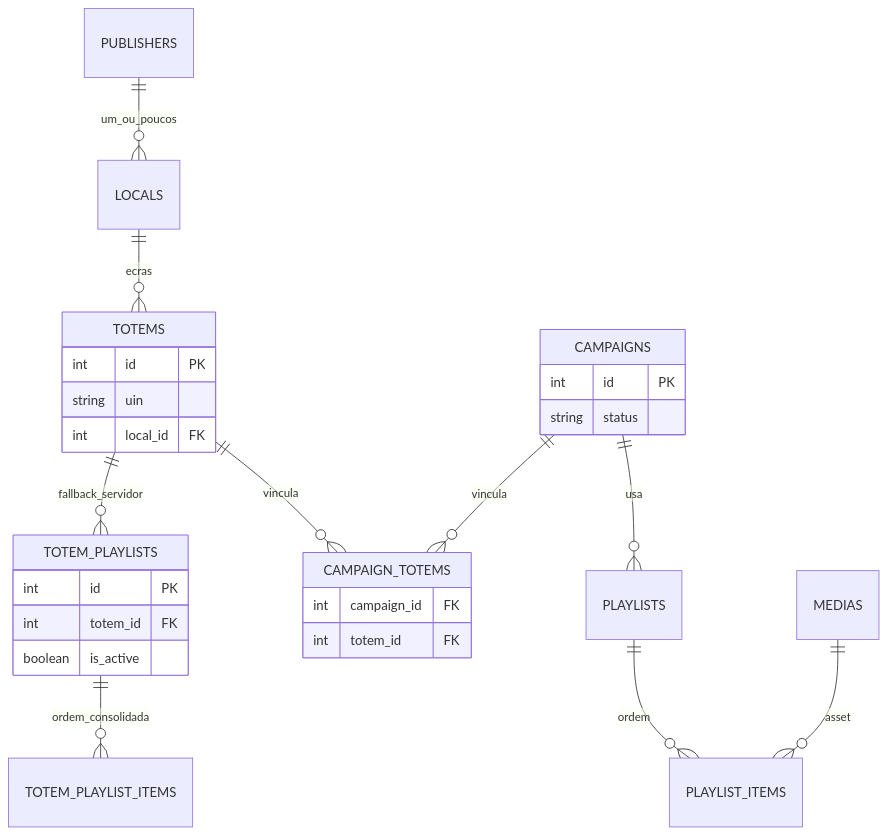
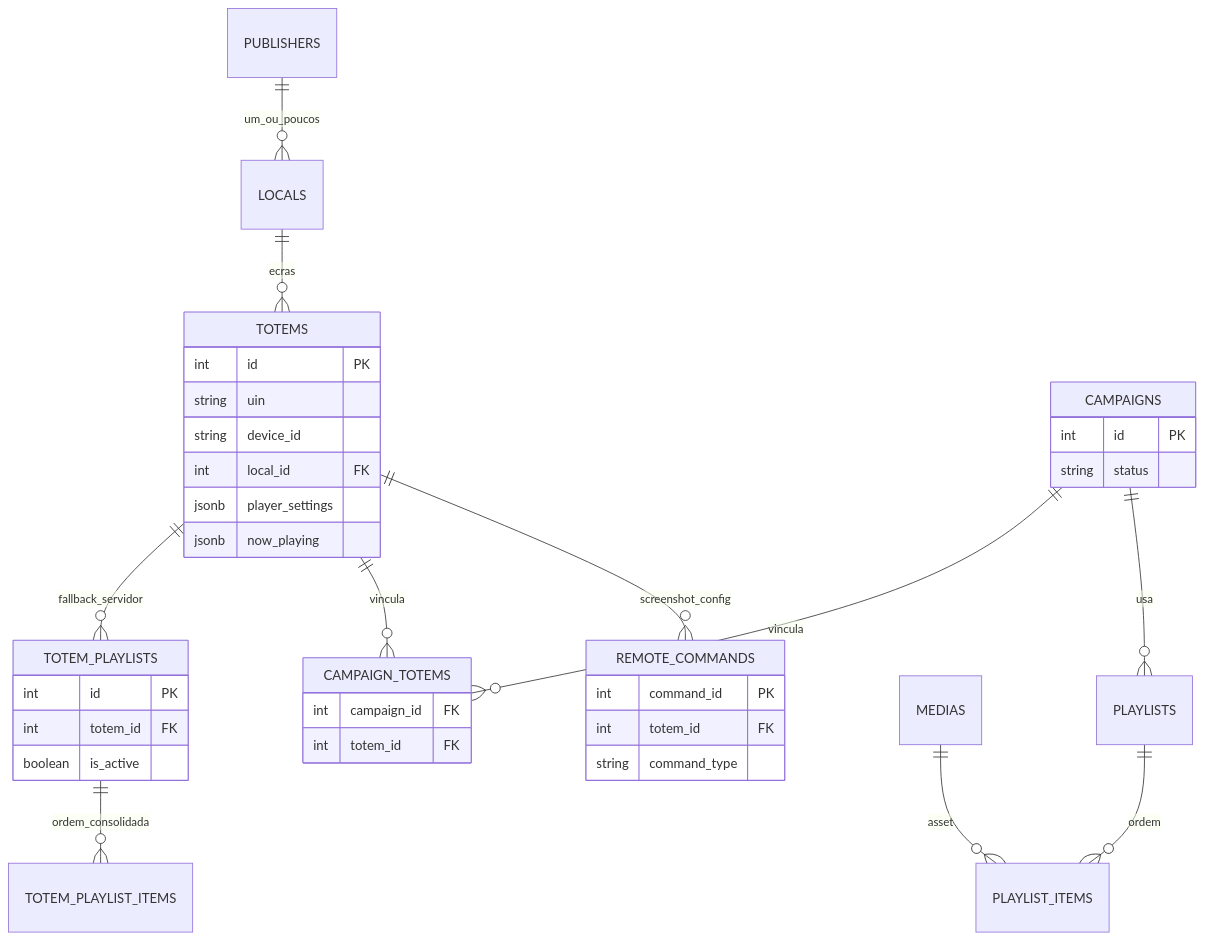
One commit to Julio-Eyras/TotemDigital-Studio-A.i changed the second of 5 diagrams in docs/platform/06-totemdigital-monousuario-er-e-fluxo.md. Above: the diagram before and after it, drawn with Mermaid. The commit also changed other lines of this file and 8 other files, not shown here.

First line of the commit message:
docs(er): atualiza modelo ER com controlo remoto e regenera PNG

````diff
--- a/docs/platform/06-totemdigital-monousuario-er-e-fluxo.md
+++ b/docs/platform/06-totemdigital-monousuario-er-e-fluxo.md
@@ -73,31 +88,40 @@
 ```mermaid
 erDiagram
   PUBLISHERS ||--o{ LOCALS : um_ou_poucos
   LOCALS ||--o{ TOTEMS : ecras
   TOTEMS ||--o{ TOTEM_PLAYLISTS : fallback_servidor
   CAMPAIGNS ||--o{ CAMPAIGN_TOTEMS : vincula
   TOTEMS ||--o{ CAMPAIGN_TOTEMS : vincula
   CAMPAIGNS ||--o{ PLAYLISTS : usa
   PLAYLISTS ||--o{ PLAYLIST_ITEMS : ordem
   MEDIAS ||--o{ PLAYLIST_ITEMS : asset
   TOTEM_PLAYLISTS ||--o{ TOTEM_PLAYLIST_ITEMS : ordem_consolidada
 
   TOTEMS {
     int id PK
     string uin
+    string device_id
     int local_id FK
+    jsonb player_settings
+    jsonb now_playing
   }
   TOTEM_PLAYLISTS {
     int id PK
     int totem_id FK
     boolean is_active
   }
   CAMPAIGNS {
     int id PK
     string status
   }
   CAMPAIGN_TOTEMS {
     int campaign_id FK
     int totem_id FK
   }
+  REMOTE_COMMANDS {
+    int command_id PK
+    int totem_id FK
+    string command_type
+  }
+  TOTEMS ||--o{ REMOTE_COMMANDS : screenshot_config
 ```
````
